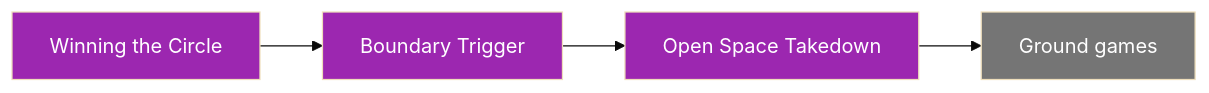
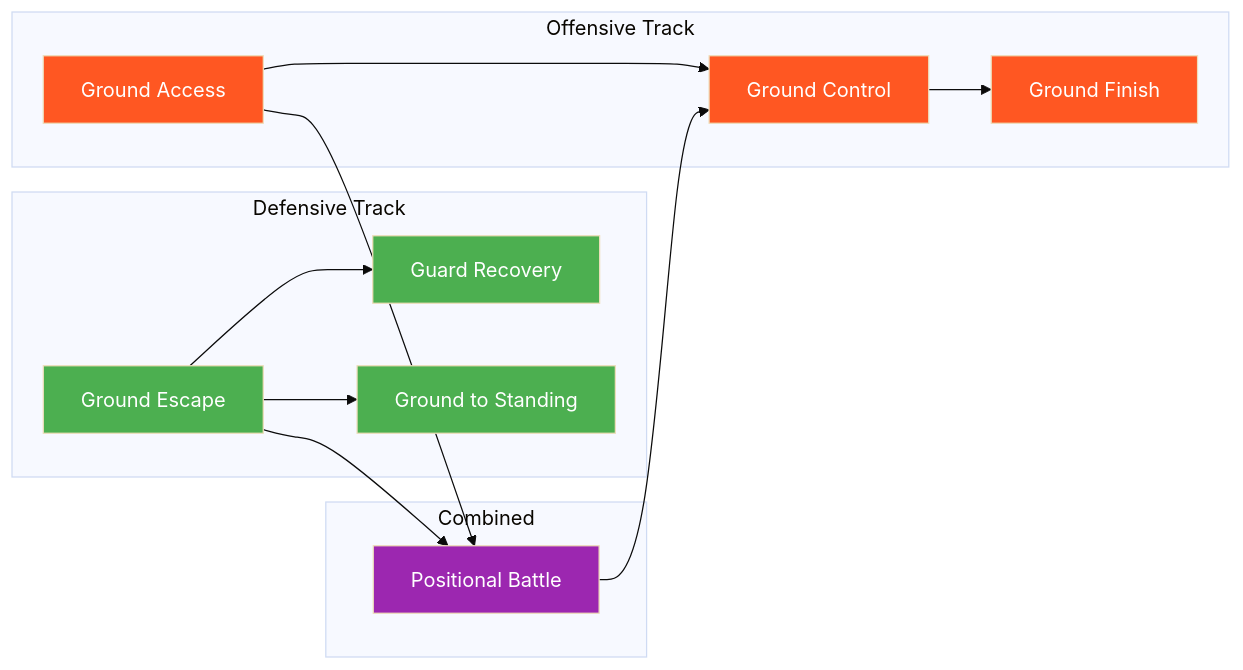
One commit to ACalienes/Ecological-MMA-Game-System changed the fifth of 5 diagrams in docs/system/map.md. Above: the diagram before and after it, drawn with Mermaid (base theme). The commit also changed other lines of this file and 24 other files, not shown here.

First line of the commit message:
Expand system to 31 games with full offensive/defensive symmetry

````diff
--- a/docs/system/map.md
+++ b/docs/system/map.md
@@ -184,11 +260,28 @@
 ```mermaid
 flowchart LR
-    A[Winning the Circle] --> B[Boundary Trigger]
-    B --> C[Open Space Takedown]
-    C --> D[Ground games]
+    subgraph Offensive["Offensive Track"]
+        GA[Ground Access] --> GC[Ground Control]
+        GC --> GF[Ground Finish]
+    end
 
-    style A fill:#9C27B0,color:#fff
-    style B fill:#9C27B0,color:#fff
-    style C fill:#9C27B0,color:#fff
-    style D fill:#757575,color:#fff
+    subgraph Defensive["Defensive Track"]
+        GE[Ground Escape] --> GR[Guard Recovery]
+        GE --> GTS[Ground to Standing]
+    end
+
+    subgraph Combined["Combined"]
+        PB[Positional Battle]
+    end
+
+    GA --> PB
+    GE --> PB
+    PB --> GC
+
+    style GA fill:#FF5722,color:#fff
+    style GC fill:#FF5722,color:#fff
+    style GF fill:#FF5722,color:#fff
+    style GE fill:#4CAF50,color:#fff
+    style GR fill:#4CAF50,color:#fff
+    style GTS fill:#4CAF50,color:#fff
+    style PB fill:#9C27B0,color:#fff
 ```
````
